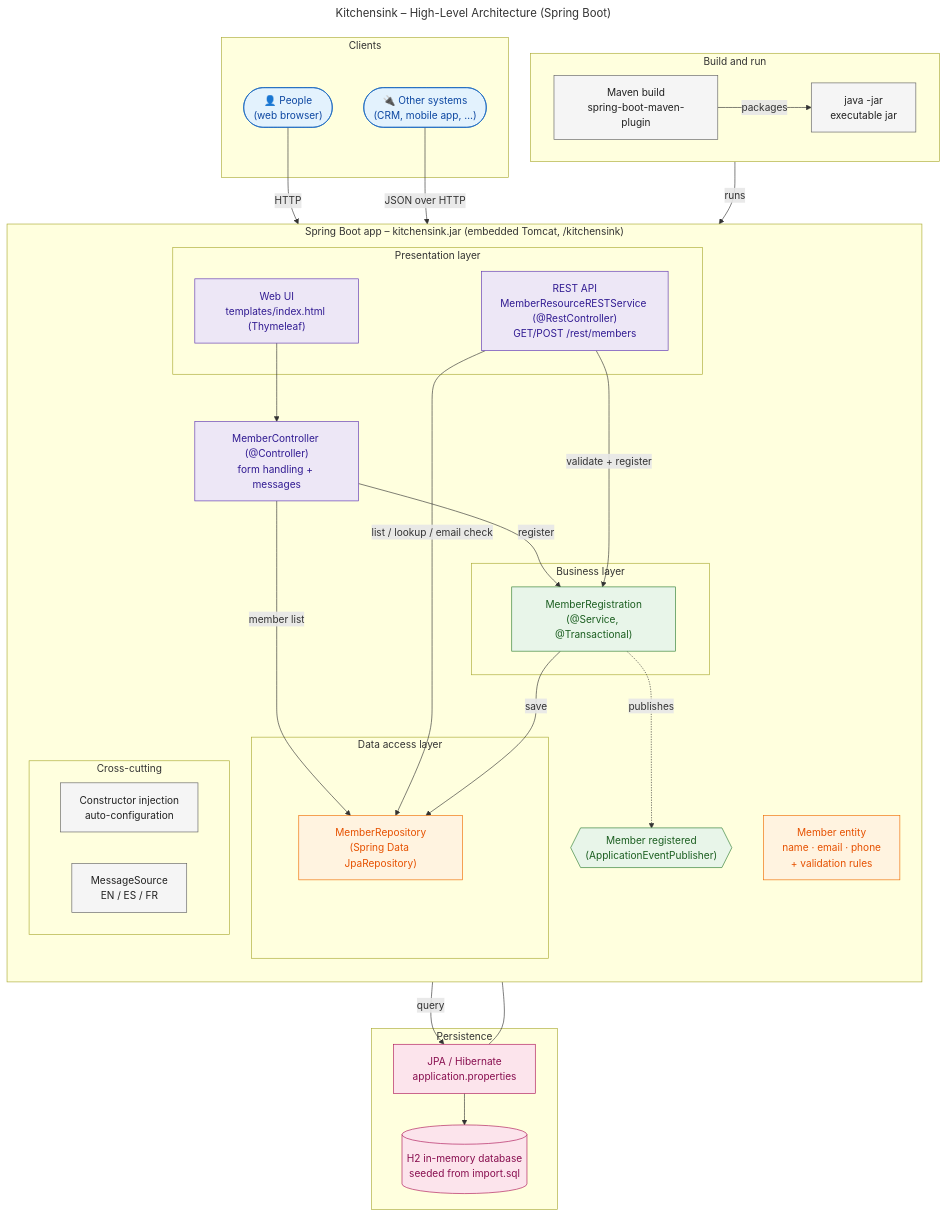
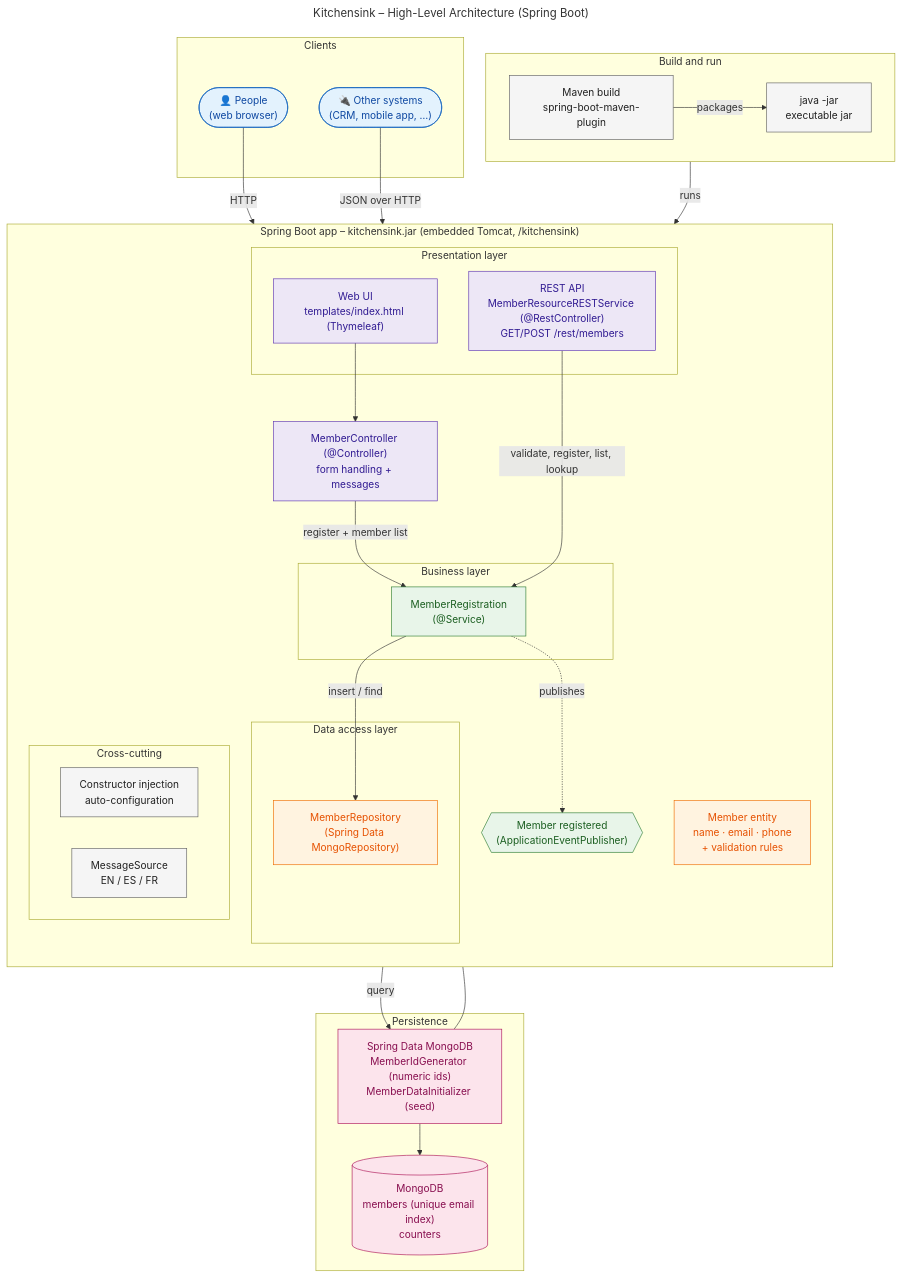
Before and after one commit to fchui/kitchensink_spring_boot_ai_migration: the diagram in architecture.mmd, drawn with Mermaid. The commit also changed 2 other files, not shown here.

Commit message:
docs: describe MongoDB setup in README, plan and architecture diagram
- README: prerequisites, test-run, MONGODB_URI configuration, the
  members and counters collections, tests with embedded MongoDB
- MIGRATION.md: MongoDB step done; ID strategy, transactions and email
  case decisions recorded
- architecture.mmd: MongoDB persistence; controllers go through
  MemberRegistration

```diff
--- a/architecture.mmd
+++ b/architecture.mmd
@@ -1,87 +1,85 @@
 ---
 title: Kitchensink – High-Level Architecture (Spring Boot)
 ---
 flowchart TB
     %% ---------- Clients ----------
     subgraph Clients["Clients"]
         Browser(["👤 People<br/>(web browser)"])
         ExtSys(["🔌 Other systems<br/>(CRM, mobile app, …)"])
     end
 
     %% ---------- Application ----------
     subgraph App["Spring Boot app – kitchensink.jar (embedded Tomcat, /kitchensink)"]
         direction TB
 
         subgraph Presentation["Presentation layer"]
             UI["Web UI<br/>templates/index.html (Thymeleaf)"]
             REST["REST API<br/>MemberResourceRESTService (@RestController)<br/>GET/POST /rest/members"]
         end
 
         Controller["MemberController (@Controller)<br/>form handling + messages"]
 
         subgraph Business["Business layer"]
-            Service["MemberRegistration<br/>(@Service, @Transactional)"]
+            Service["MemberRegistration<br/>(@Service)"]
         end
 
         Event{{"Member registered<br/>(ApplicationEventPublisher)"}}
 
         subgraph Data["Data access layer"]
-            Repo["MemberRepository<br/>(Spring Data JpaRepository)"]
+            Repo["MemberRepository<br/>(Spring Data MongoRepository)"]
         end
 
         Model["Member entity<br/>name · email · phone<br/>+ validation rules"]
 
         subgraph CrossCutting["Cross-cutting"]
             direction LR
             DI["Constructor injection<br/>auto-configuration"]
             I18N["MessageSource<br/>EN / ES / FR"]
         end
     end
 
     %% ---------- Persistence ----------
     subgraph Storage["Persistence"]
-        JPA["JPA / Hibernate<br/>application.properties"]
-        DB[("H2 in-memory database<br/>seeded from import.sql")]
+        Mongo["Spring Data MongoDB<br/>MemberIdGenerator (numeric ids)<br/>MemberDataInitializer (seed)"]
+        DB[("MongoDB<br/>members (unique email index)<br/>counters")]
     end
 
     %% ---------- Build ----------
     subgraph Build["Build and run"]
         direction LR
         Maven["Maven build<br/>spring-boot-maven-plugin"]
         Jar["java -jar<br/>executable jar"]
     end
 
     %% ---------- Flows ----------
     Browser -->|HTTP| UI
     ExtSys -->|JSON over HTTP| REST
 
     UI --> Controller
-    Controller -->|register| Service
-    Controller -->|member list| Repo
-    REST -->|validate + register| Service
-    REST -->|list / lookup / email check| Repo
+    Controller -->|register + member list| Service
+    REST -->|validate, register, list, lookup| Service
 
-    Service -->|save| Repo
+    Service -->|insert / find| Repo
     Service -.->|publishes| Event
 
-    Repo -->|query| JPA
-    JPA --- Model
-    JPA --> DB
+    Repo -->|query| Mongo
+    Mongo --- Model
+    Mongo --> DB
 
     Maven -->|packages| Jar
     Jar -->|runs| App
 
     %% ---------- Styling ----------
     classDef client fill:#e3f2fd,stroke:#1565c0,color:#0d47a1
     classDef web fill:#ede7f6,stroke:#5e35b1,color:#311b92
     classDef biz fill:#e8f5e9,stroke:#2e7d32,color:#1b5e20
     classDef data fill:#fff3e0,stroke:#ef6c00,color:#e65100
     classDef store fill:#fce4ec,stroke:#ad1457,color:#880e4f
     classDef misc fill:#f5f5f5,stroke:#616161,color:#212121
 
     class Browser,ExtSys client
     class UI,REST,Controller web
     class Service,Event biz
     class Repo,Model data
-    class JPA,DB store
+    class Mongo,DB store
     class DI,I18N,Maven,Jar misc
```
